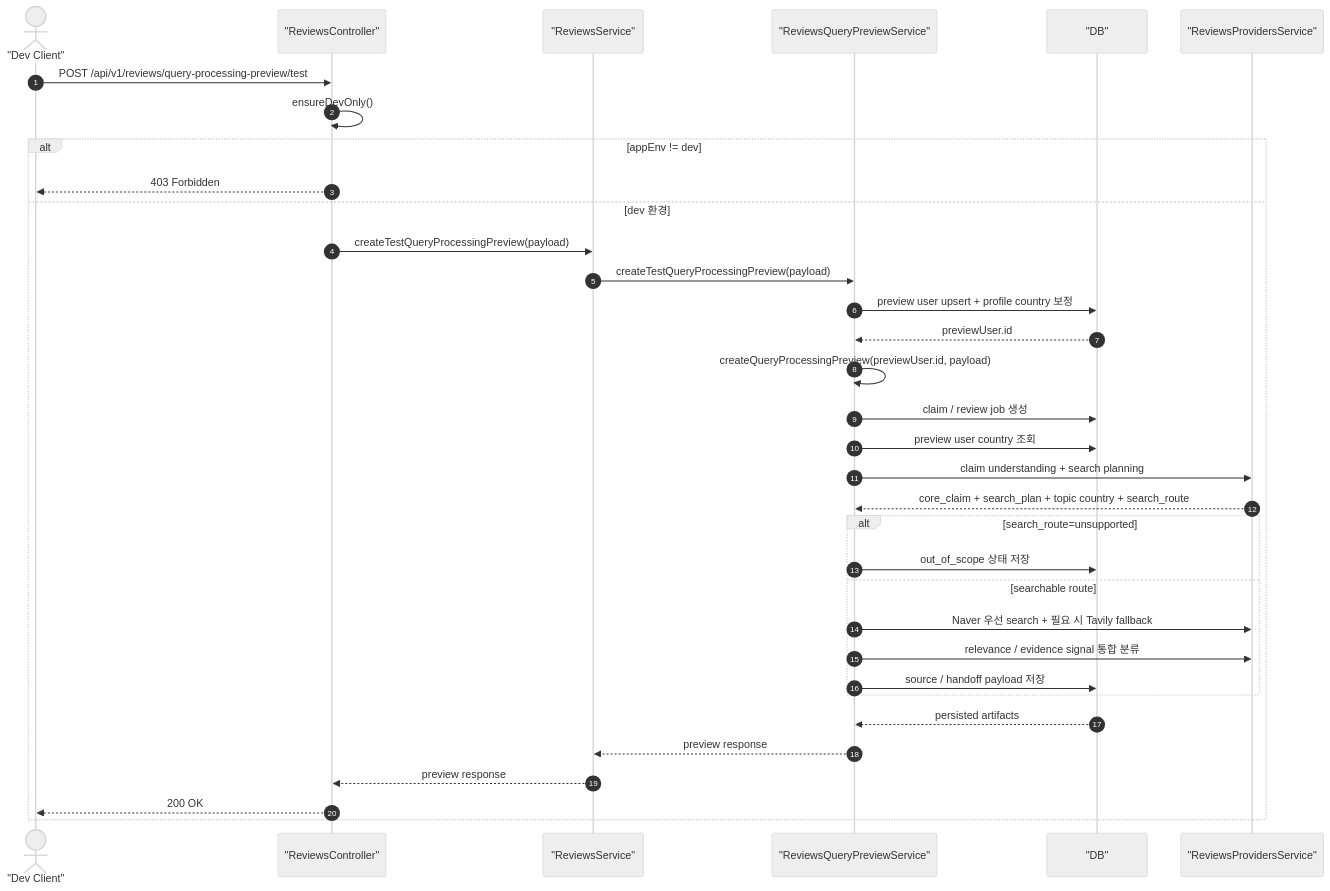
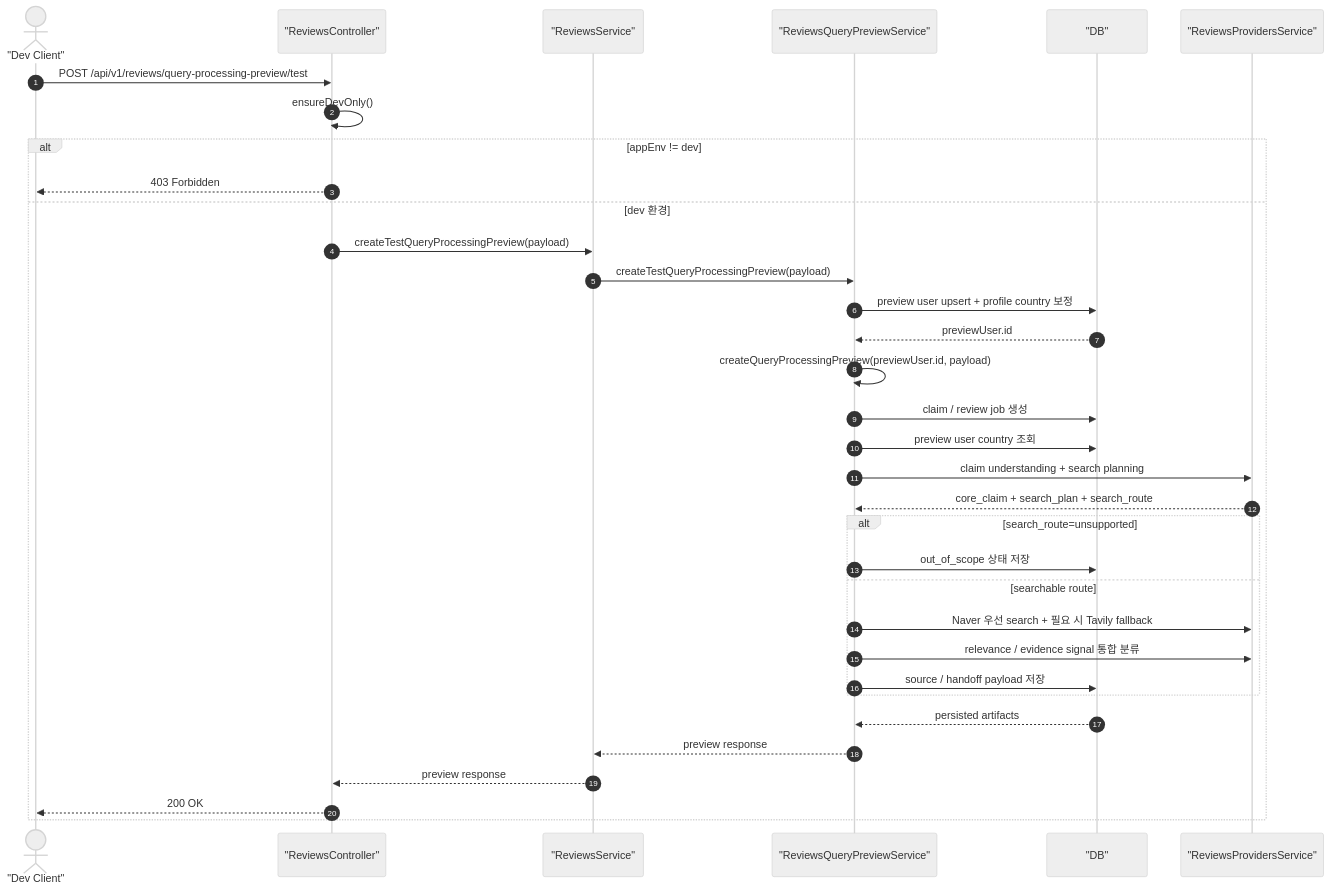
The second of 2 diagrams in docs/review-query-processing.md (dyjeong576/varo), drawn with Mermaid (neutral theme) before and after one commit. The commit also changed other lines of this file and 35 other files, not shown here.

````diff
--- a/docs/review-query-processing.md
+++ b/docs/review-query-processing.md
@@ -218,38 +205,38 @@
 ```mermaid
 sequenceDiagram
     autonumber
     actor DevClient as "Dev Client"
     participant Controller as "ReviewsController"
     participant ReviewsService as "ReviewsService"
     participant QueryPreviewService as "ReviewsQueryPreviewService"
     participant DB as "DB"
     participant Providers as "ReviewsProvidersService"
 
     DevClient->>Controller: POST /api/v1/reviews/query-processing-preview/test
     Controller->>Controller: ensureDevOnly()
 
     alt appEnv != dev
         Controller-->>DevClient: 403 Forbidden
     else dev 환경
         Controller->>ReviewsService: createTestQueryProcessingPreview(payload)
         ReviewsService->>QueryPreviewService: createTestQueryProcessingPreview(payload)
         QueryPreviewService->>DB: preview user upsert + profile country 보정
         DB-->>QueryPreviewService: previewUser.id
         QueryPreviewService->>QueryPreviewService: createQueryProcessingPreview(previewUser.id, payload)
         QueryPreviewService->>DB: claim / review job 생성
         QueryPreviewService->>DB: preview user country 조회
         QueryPreviewService->>Providers: claim understanding + search planning
-        Providers-->>QueryPreviewService: core_claim + search_plan + topic country + search_route
+        Providers-->>QueryPreviewService: core_claim + search_plan + search_route
         alt search_route=unsupported
             QueryPreviewService->>DB: out_of_scope 상태 저장
         else searchable route
             QueryPreviewService->>Providers: Naver 우선 search + 필요 시 Tavily fallback
             QueryPreviewService->>Providers: relevance / evidence signal 통합 분류
             QueryPreviewService->>DB: source / handoff payload 저장
         end
         DB-->>QueryPreviewService: persisted artifacts
         QueryPreviewService-->>ReviewsService: preview response
         ReviewsService-->>Controller: preview response
         Controller-->>DevClient: 200 OK
     end
 ```
````
